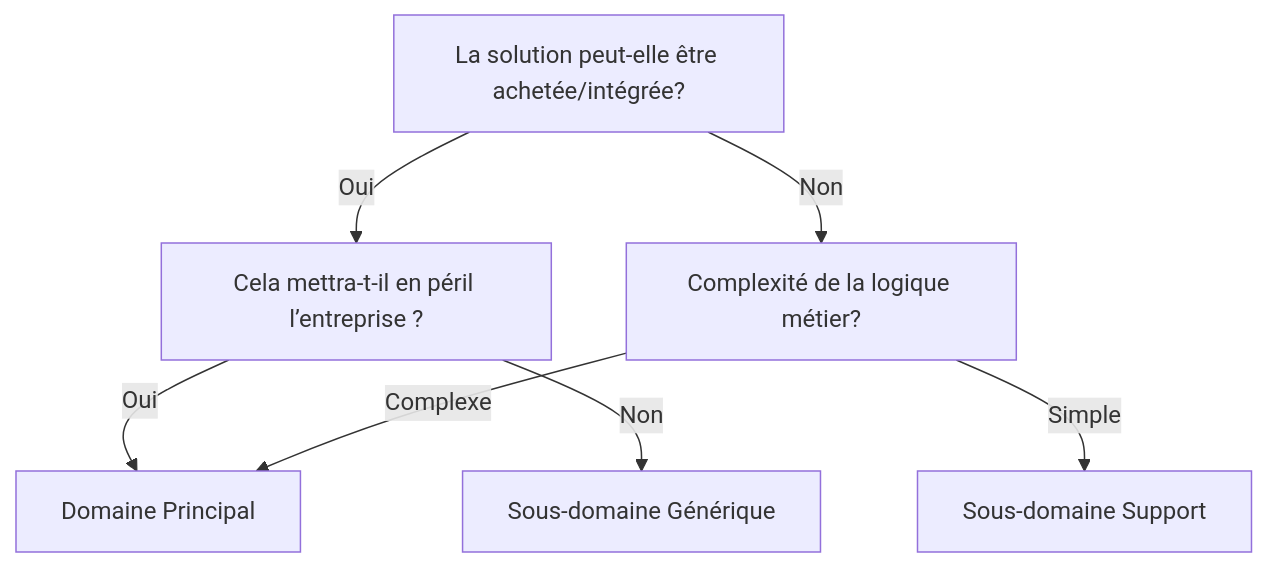
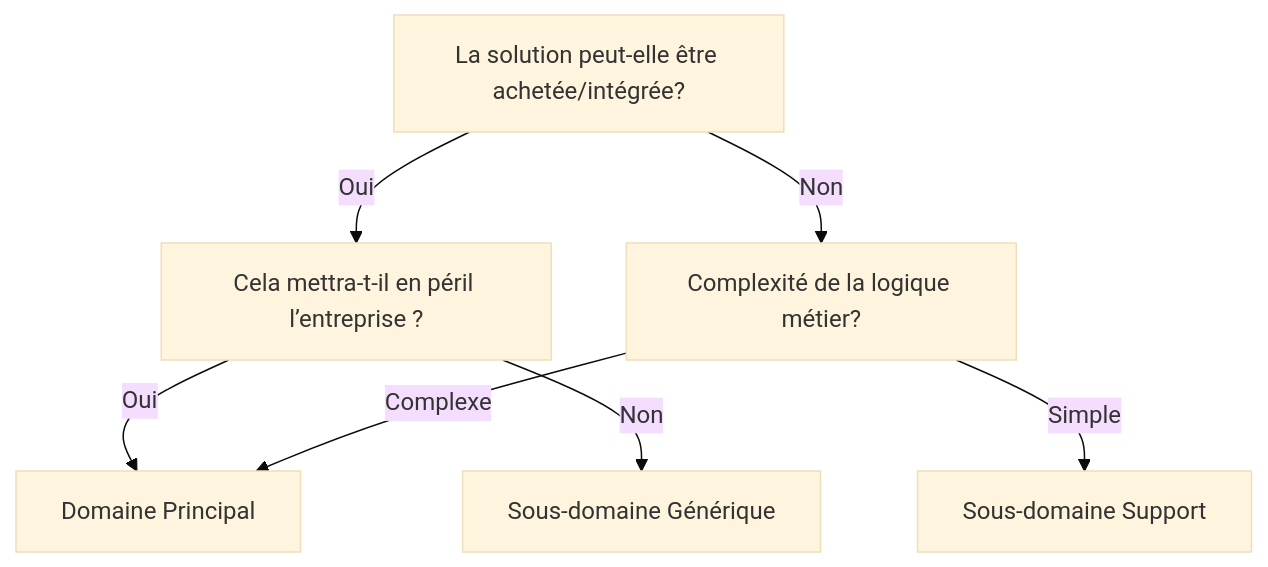
The fifth of 9 diagrams in src/pages/test.md (tavenel/website), drawn with Mermaid before and after one commit. The commit also changed other lines of this file and 4 other files, not shown here.

Commit message:
css: mermaid style

````diff
--- a/src/pages/test.md
+++ b/src/pages/test.md
@@ -285,9 +285,13 @@
 ```mermaid
+---
+config:
+  theme: 'base'
+---
 flowchart TD
     A["La solution peut-elle être achetée/intégrée?"] -->|Oui| B["Cela mettra-t-il en péril l’entreprise ?"]
     A -->|Non| C["Complexité de la logique métier?"]
     B -->|Oui| D["Domaine Principal"]
     B -->|Non| E["Sous-domaine Générique"]
     C -->|Complexe| D
     C -->|Simple| F["Sous-domaine Support"]
 ```
````
